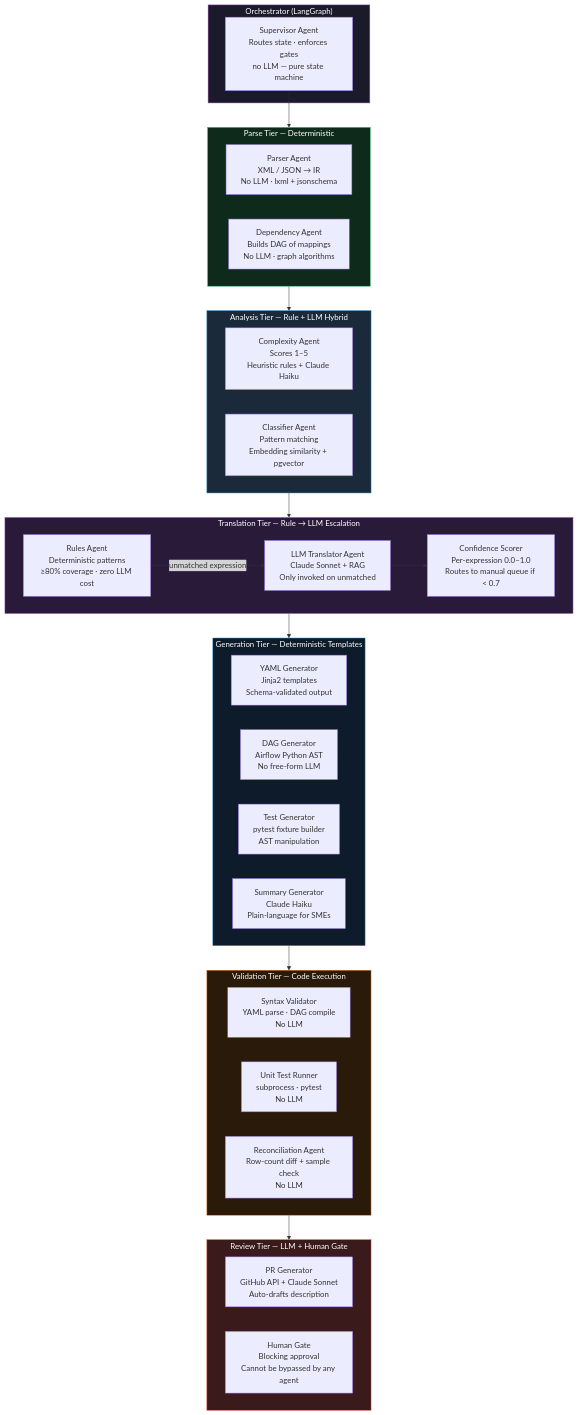
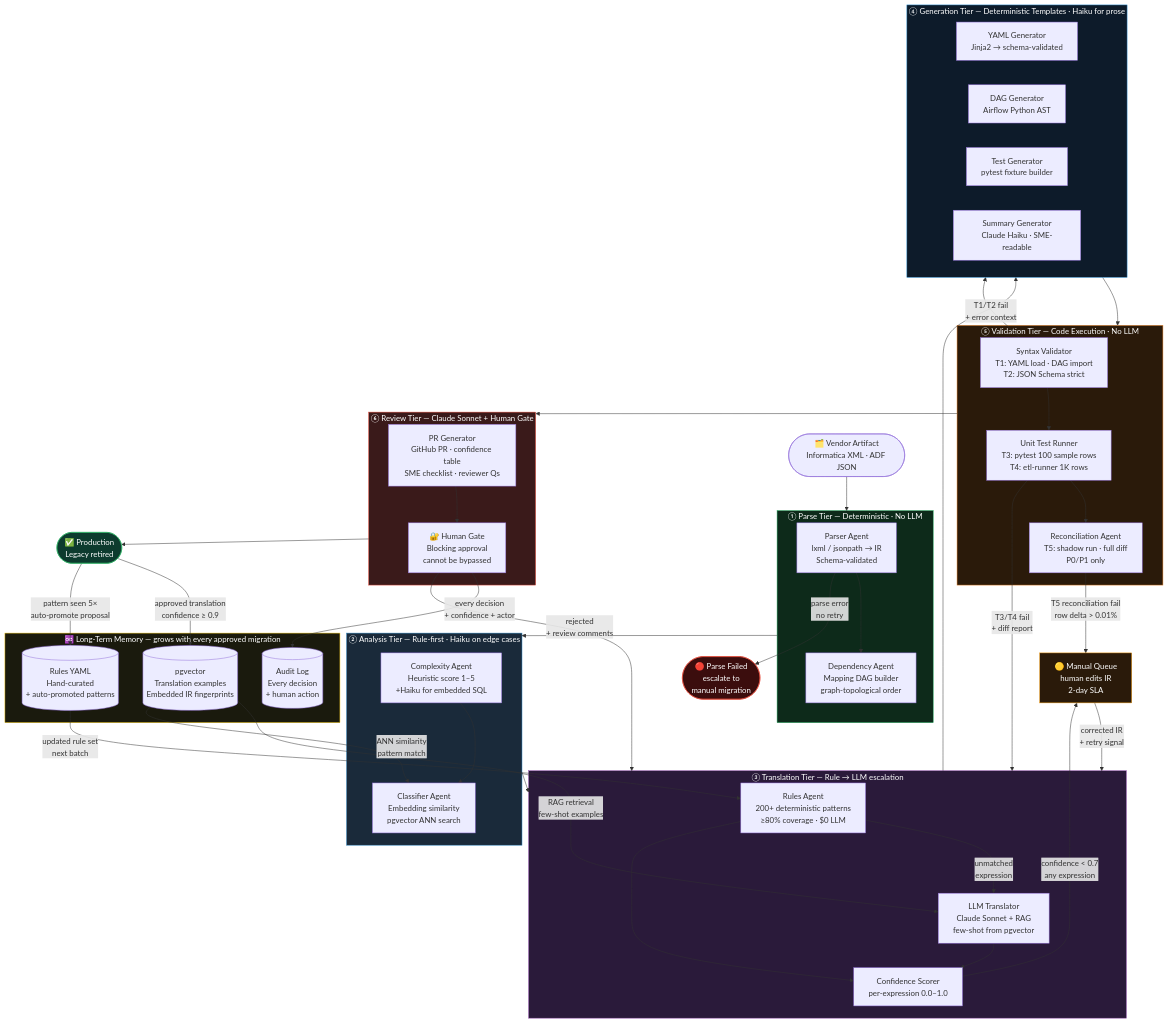
The first of 15 diagrams in docs/brainstorming/migration-agent-architecture.md (prakash230791/generic-etl), drawn with Mermaid before and after one commit. The commit also changed other lines of this file, not shown here.

Commit message:
docs: enhance agent taxonomy with full cyclic workflow diagram
Replace linear taxonomy flowchart with a cyclic diagram showing all
feedback loops: validation→translation, human-rejection→translation,
low-confidence→manual-queue→translation, reconciliation→manual-queue,
and the learning cycle (approved outputs → pgvector + rules YAML).
Add legend table and narrative explaining why cycles matter at scale.

https://claude.ai/code/session_01CLBdCsE8VyooyjQKk71X8g

````diff
--- a/docs/brainstorming/migration-agent-architecture.md
+++ b/docs/brainstorming/migration-agent-architecture.md
@@ -30,63 +32,107 @@
 ```mermaid
-flowchart TB
-    subgraph COORD["Orchestrator (LangGraph)"]
-        ORC["Supervisor Agent\nRoutes state · enforces gates\nno LLM — pure state machine"]
+flowchart TD
+    %% ── Entry ──────────────────────────────────────────────────────────
+    ARTIFACT(["🗂️ Vendor Artifact\nInformatica XML · ADF JSON"])
+
+    %% ── Tier 1: Parse ───────────────────────────────────────────────────
+    subgraph PARSE_TIER["① Parse Tier — Deterministic · No LLM"]
+        PA["Parser Agent\nlxml / jsonpath → IR\nSchema-validated"]
+        DA["Dependency Agent\nMapping DAG builder\ngraph-topological order"]
+        PA --> DA
     end
 
-    subgraph PARSE_TIER["Parse Tier — Deterministic"]
-        direction LR
-        PA["Parser Agent\nXML / JSON → IR\nNo LLM · lxml + jsonschema"]
-        DA["Dependency Agent\nBuilds DAG of mappings\nNo LLM · graph algorithms"]
+    %% ── Tier 2: Analysis ────────────────────────────────────────────────
+    subgraph ANALYSIS_TIER["② Analysis Tier — Rule-first · Haiku on edge cases"]
+        CA["Complexity Agent\nHeuristic score 1–5\n+Haiku for embedded SQL"]
+        CLA["Classifier Agent\nEmbedding similarity\npgvector ANN search"]
+        CA --> CLA
     end
 
-    subgraph ANALYSIS_TIER["Analysis Tier — Rule + LLM Hybrid"]
-        direction LR
-        CA["Complexity Agent\nScores 1–5\nHeuristic rules + Claude Haiku"]
-        CLA["Classifier Agent\nPattern matching\nEmbedding similarity + pgvector"]
+    %% ── Tier 3: Translation ─────────────────────────────────────────────
+    subgraph TRANSLATE_TIER["③ Translation Tier — Rule → LLM escalation"]
+        RA["Rules Agent\n200+ deterministic patterns\n≥80% coverage · $0 LLM"]
+        LA["LLM Translator\nClaude Sonnet + RAG\nfew-shot from pgvector"]
+        CS["Confidence Scorer\nper-expression 0.0–1.0"]
+        RA -- "unmatched\nexpression" --> LA
+        LA --> CS
+        RA --> CS
     end
 
-    subgraph TRANSLATE_TIER["Translation Tier — Rule → LLM Escalation"]
-        direction LR
-        RA["Rules Agent\nDeterministic patterns\n≥80% coverage · zero LLM cost"]
-        LA["LLM Translator Agent\nClaude Sonnet + RAG\nOnly invoked on unmatched"]
-        CONF["Confidence Scorer\nPer-expression 0.0–1.0\nRoutes to manual queue if < 0.7"]
-        RA -- "unmatched expression" --> LA
-        LA --> CONF
+    %% ── Tier 4: Generation ──────────────────────────────────────────────
+    subgraph GEN_TIER["④ Generation Tier — Deterministic Templates · Haiku for prose"]
+        YG["YAML Generator\nJinja2 → schema-validated"]
+        DG["DAG Generator\nAirflow Python AST"]
+        TG["Test Generator\npytest fixture builder"]
+        SG["Summary Generator\nClaude Haiku · SME-readable"]
     end
 
-    subgraph GEN_TIER["Generation Tier — Deterministic Templates"]
-        direction LR
-        YG["YAML Generator\nJinja2 templates\nSchema-validated output"]
-        DG["DAG Generator\nAirflow Python AST\nNo free-form LLM"]
-        TG["Test Generator\npytest fixture builder\nAST manipulation"]
-        SG["Summary Generator\nClaude Haiku\nPlain-language for SMEs"]
+    %% ── Tier 5: Validation ──────────────────────────────────────────────
+    subgraph VAL_TIER["⑤ Validation Tier — Code Execution · No LLM"]
+        SV["Syntax Validator\nT1: YAML load · DAG import\nT2: JSON Schema strict"]
+        UV["Unit Test Runner\nT3: pytest 100 sample rows\nT4: etl-runner 1K rows"]
+        RV["Reconciliation Agent\nT5: shadow run · full diff\nP0/P1 only"]
+        SV --> UV --> RV
     end
 
-    subgraph VAL_TIER["Validation Tier — Code Execution"]
-        direction LR
-        SV["Syntax Validator\nYAML parse · DAG compile\nNo LLM"]
-        UV["Unit Test Runner\nsubprocess · pytest\nNo LLM"]
-        RV["Reconciliation Agent\nRow-count diff + sample check\nNo LLM"]
+    %% ── Tier 6: Review ──────────────────────────────────────────────────
+    subgraph REVIEW_TIER["⑥ Review Tier — Claude Sonnet + Human Gate"]
+        PRG["PR Generator\nGitHub PR · confidence table\nSME checklist · reviewer Qs"]
+        HG["🔐 Human Gate\nBlocking approval\ncannot be bypassed"]
+        PRG --> HG
     end
 
-    subgraph REVIEW_TIER["Review Tier — LLM + Human Gate"]
-        direction LR
-        PRG["PR Generator\nGitHub API + Claude Sonnet\nAuto-drafts description"]
-        HG["Human Gate\nBlocking approval\nCannot be bypassed by any agent"]
+    %% ── Long-Term Memory ────────────────────────────────────────────────
+    subgraph MEMORY["♾️ Long-Term Memory — grows with every approved migration"]
+        VEC[("pgvector\nTranslation examples\nEmbedded IR fingerprints")]
+        RULES[("Rules YAML\nHand-curated\n+ auto-promoted patterns")]
+        AUDIT[("Audit Log\nEvery decision\n+ human action")]
     end
 
-    ORC --> PARSE_TIER
+    %% ── Happy path (forward flow) ───────────────────────────────────────
+    ARTIFACT --> PARSE_TIER
     PARSE_TIER --> ANALYSIS_TIER
     ANALYSIS_TIER --> TRANSLATE_TIER
     TRANSLATE_TIER --> GEN_TIER
     GEN_TIER --> VAL_TIER
     VAL_TIER --> REVIEW_TIER
+    REVIEW_TIER --> PROD(["✅ Production\nLegacy retired"])
 
-    style COORD fill:#1a1a2a,stroke:#8e44ad,color:#fff
-    style PARSE_TIER fill:#0d2a1a,stroke:#27ae60,color:#fff
+    %% ── Feedback cycle 1: Low confidence → Manual Queue ────────────────
+    CS -- "confidence < 0.7\nany expression" --> MQ["🟡 Manual Queue\nhuman edits IR\n2-day SLA"]
+    MQ -- "corrected IR\n+ retry signal" --> TRANSLATE_TIER
+
+    %% ── Feedback cycle 2: Validation fail → Regenerate ─────────────────
+    SV -- "T1/T2 fail\n+ error context" --> GEN_TIER
+    UV -- "T3/T4 fail\n+ diff report" --> TRANSLATE_TIER
+
+    %% ── Feedback cycle 3: Human rejects PR → Revise ─────────────────────
+    HG -- "rejected\n+ review comments" --> TRANSLATE_TIER
+
+    %% ── Feedback cycle 4: Shadow run fail → Manual ──────────────────────
+    RV -- "T5 reconciliation fail\nrow delta > 0.01%" --> MQ
+
+    %% ── Learning cycle: Approved output → Memory ─────────────────────────
+    PROD -- "approved translation\nconfidence ≥ 0.9" --> VEC
+    PROD -- "pattern seen 5×\nauto-promote proposal" --> RULES
+    HG -- "every decision\n+ confidence + actor" --> AUDIT
+
+    %% ── Memory feeds back into Analysis + Translation ────────────────────
+    VEC -- "RAG retrieval\nfew-shot examples" --> LA
+    VEC -- "ANN similarity\npattern match" --> CLA
+    RULES -- "updated rule set\nnext batch" --> RA
+
+    %% ── Parse hard fail → no retry ──────────────────────────────────────
+    PA -- "parse error\nno retry" --> FAIL(["🔴 Parse Failed\nescalate to\nmanual migration"])
+
+    %% ── Styles ───────────────────────────────────────────────────────────
+    style PARSE_TIER    fill:#0d2a1a,stroke:#27ae60,color:#fff
     style ANALYSIS_TIER fill:#1a2a3a,stroke:#2e86c1,color:#fff
     style TRANSLATE_TIER fill:#2a1a3a,stroke:#9b59b6,color:#fff
-    style GEN_TIER fill:#0d1b2a,stroke:#3498db,color:#fff
-    style VAL_TIER fill:#2a1a0a,stroke:#e67e22,color:#fff
-    style REVIEW_TIER fill:#3a1a1a,stroke:#e74c3c,color:#fff
+    style GEN_TIER      fill:#0d1b2a,stroke:#3498db,color:#fff
+    style VAL_TIER      fill:#2a1a0a,stroke:#e67e22,color:#fff
+    style REVIEW_TIER   fill:#3a1a1a,stroke:#e74c3c,color:#fff
+    style MEMORY        fill:#1a1a0d,stroke:#f1c40f,color:#fff
+    style MQ            fill:#2a1a0a,stroke:#f39c12,color:#fff
+    style PROD          fill:#0d3b2e,stroke:#27ae60,color:#fff
+    style FAIL          fill:#3b0d0d,stroke:#e74c3c,color:#fff
 ```
````
